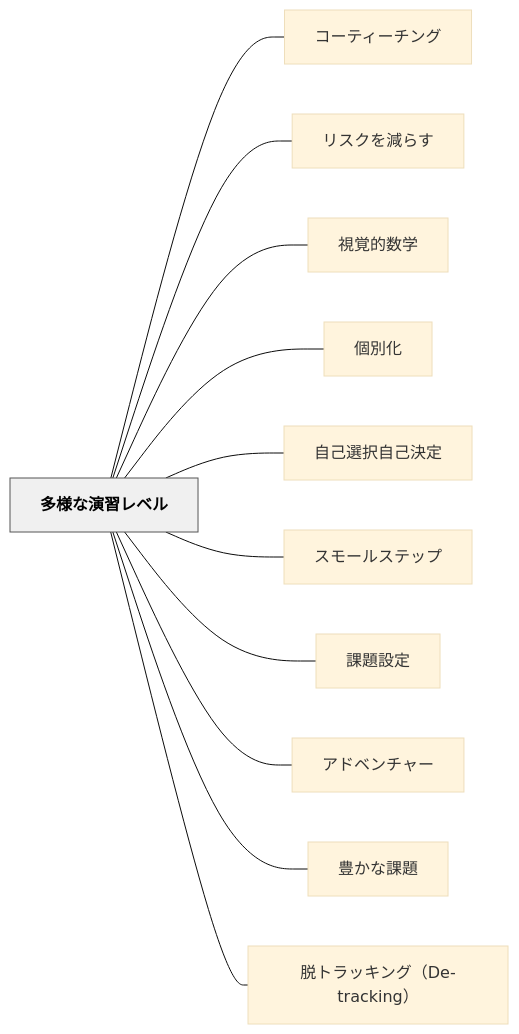
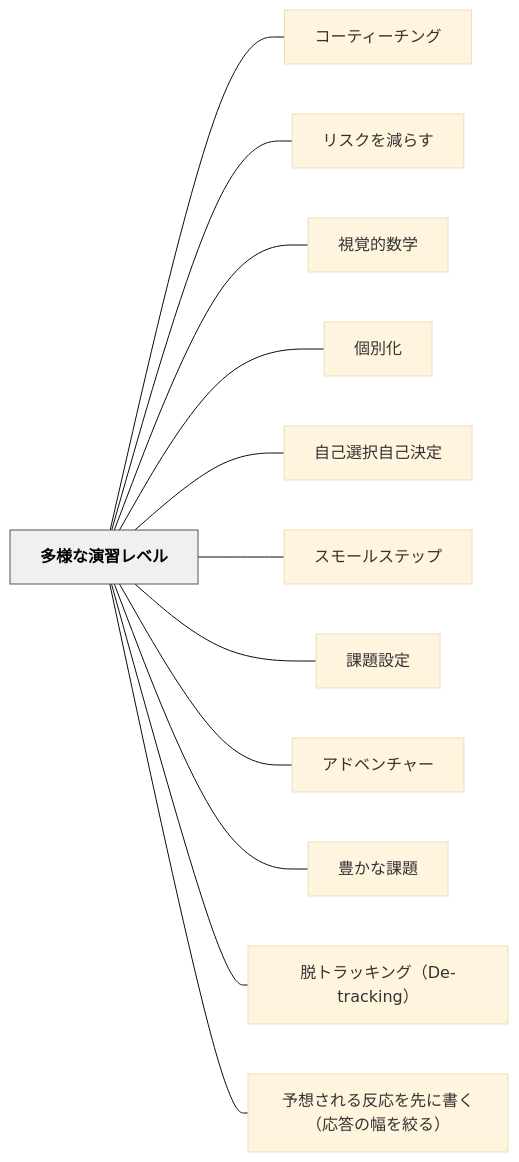
The diagram in content/パタン/多様な演習レベル.md (unknownthings-ed-patterns/unknownthings-ed-patterns), drawn with Mermaid (base theme) before and after one commit. The commit also changed other lines of this file and 84 other files, not shown here.

````diff
--- a/content/パタン/多様な演習レベル.md
+++ b/content/パタン/多様な演習レベル.md
@@ -98,28 +101,30 @@
 ```mermaid
 flowchart LR
     ne5a49ae6a798e381aae6bc94e7bf92e383ace38399e383ab["多様な演習レベル"]
     ne382b3e383bce38386e382a3e383bce38381e383b3e382b0["コーティーチング"]
     ne383aae382b9e382afe38292e6b89be38289e38199["リスクを減らす"]
     ne8a696e8a69ae79a84e695b0e5ada6["視覚的数学"]
     ne5808be588a5e58c96["個別化"]
     ne887aae5b7b1e981b8e68a9ee887aae5b7b1e6b1bae5ae9a["自己選択自己決定"]
     ne382b9e383a2e383bce383abe382b9e38386e38383e38397["スモールステップ"]
     ne8aab2e9a18ce8a8ade5ae9a["課題設定"]
     ne382a2e38389e38399e383b3e38381e383a3e383bc["アドベンチャー"]
     ne8b18ae3818be381aae8aab2e9a18c["豊かな課題"]
     ne884b1e38388e383a9e38383e382ade383b3e382b0efbc8844652d747261636b696e67efbc89["脱トラッキング（De-tracking）"]
+    ne4ba88e683b3e38195e3828ce3828be58f8de5bf9ce38292e58588e381abe69bb8e3818fefbc88e5bf9ce7ad94e381aee5b985e38292e7b59ee3828befbc89["予想される反応を先に書く（応答の幅を絞る）"]
 
     ne5a49ae6a798e381aae6bc94e7bf92e383ace38399e383ab --- ne382b3e383bce38386e382a3e383bce38381e383b3e382b0
     ne5a49ae6a798e381aae6bc94e7bf92e383ace38399e383ab --- ne383aae382b9e382afe38292e6b89be38289e38199
     ne5a49ae6a798e381aae6bc94e7bf92e383ace38399e383ab --- ne8a696e8a69ae79a84e695b0e5ada6
     ne5a49ae6a798e381aae6bc94e7bf92e383ace38399e383ab --- ne5808be588a5e58c96
     ne5a49ae6a798e381aae6bc94e7bf92e383ace38399e383ab --- ne887aae5b7b1e981b8e68a9ee887aae5b7b1e6b1bae5ae9a
     ne5a49ae6a798e381aae6bc94e7bf92e383ace38399e383ab --- ne382b9e383a2e383bce383abe382b9e38386e38383e38397
     ne5a49ae6a798e381aae6bc94e7bf92e383ace38399e383ab --- ne8aab2e9a18ce8a8ade5ae9a
     ne5a49ae6a798e381aae6bc94e7bf92e383ace38399e383ab --- ne382a2e38389e38399e383b3e38381e383a3e383bc
     ne5a49ae6a798e381aae6bc94e7bf92e383ace38399e383ab --- ne8b18ae3818be381aae8aab2e9a18c
     ne5a49ae6a798e381aae6bc94e7bf92e383ace38399e383ab --- ne884b1e38388e383a9e38383e382ade383b3e382b0efbc8844652d747261636b696e67efbc89
+    ne5a49ae6a798e381aae6bc94e7bf92e383ace38399e383ab --- ne4ba88e683b3e38195e3828ce3828be58f8de5bf9ce38292e58588e381abe69bb8e3818fefbc88e5bf9ce7ad94e381aee5b985e38292e7b59ee3828befbc89
 
     classDef hub fill:#f0f0f0,stroke:#555,color:#000,font-weight:bold
     class ne5a49ae6a798e381aae6bc94e7bf92e383ace38399e383ab hub
 ```
````
